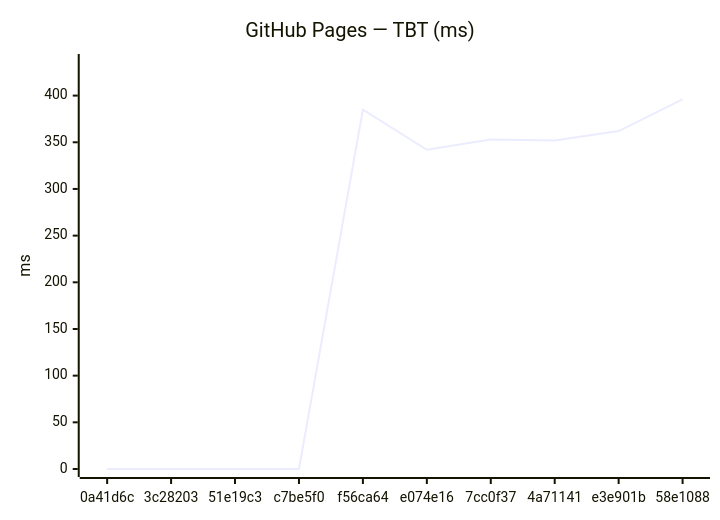
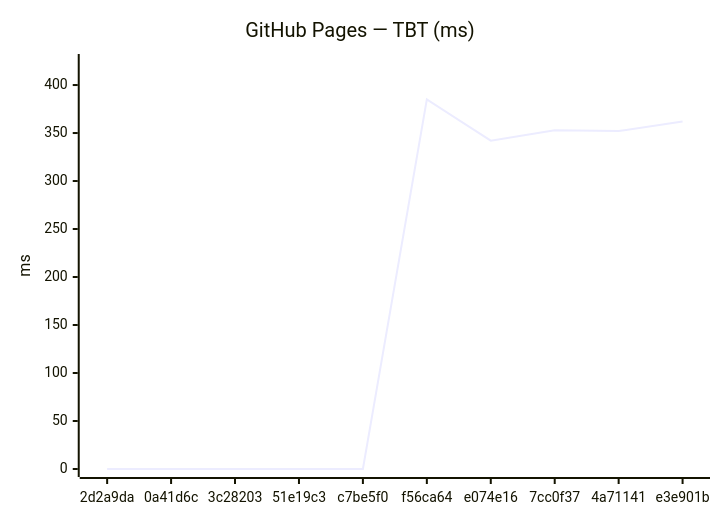
One commit to Metaheurist/Rianell changed the fourth of 18 diagrams in benchmarks/compare.md. Above: the diagram before and after it, drawn with Mermaid. The commit also changed other lines of this file and 11 other files, not shown here.

````diff
--- a/benchmarks/compare.md
+++ b/benchmarks/compare.md
@@ -61,7 +61,7 @@
 ```mermaid
 xychart-beta
     title "GitHub Pages — TBT (ms)"
-    x-axis ["0a41d6c", "3c28203", "51e19c3", "c7be5f0", "f56ca64", "e074e16", "7cc0f37", "4a71141", "e3e901b", "58e1088"]
-    y-axis "ms" 0 --> 436
-    line [0, 0, 0, 0, 385, 342, 353, 352, 362, 396]
+    x-axis ["2d2a9da", "0a41d6c", "3c28203", "51e19c3", "c7be5f0", "f56ca64", "e074e16", "7cc0f37", "4a71141", "e3e901b"]
+    y-axis "ms" 0 --> 424
+    line [0, 0, 0, 0, 0, 385, 342, 353, 352, 362]
 ```
````
